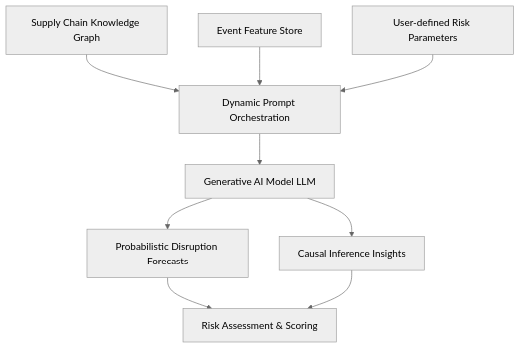
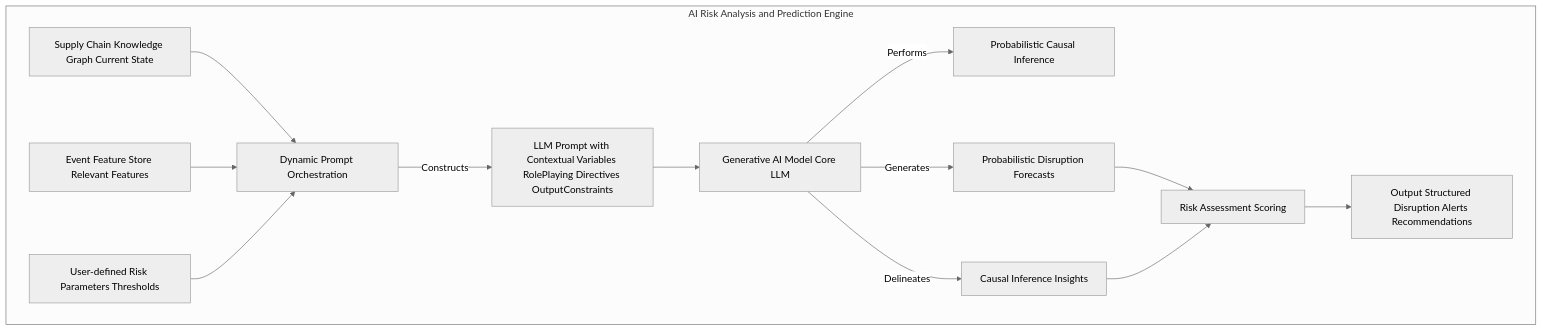
The fourth of 7 diagrams in inventions/024_predictive_supply_chain_disruption.md (diplomat-bit/Citibank_Demo_Business_Inc_Demonstration-), drawn with Mermaid (neutral theme) before and after one commit. The commit also changed other lines of this file, not shown here.

Commit message:
[AI] Edit: inventions/024_predictive_supply_chain_disruption.md

````diff
--- a/inventions/024_predictive_supply_chain_disruption.md
+++ b/inventions/024_predictive_supply_chain_disruption.md
@@ -137,10 +165,15 @@
 ```mermaid
 graph TD
-    A[Supply Chain Knowledge Graph] --> D[Dynamic Prompt Orchestration]
-    B[Event Feature Store] --> D
-    C[User-defined Risk Parameters] --> D
-    D --> E[Generative AI Model LLM]
-    E --> F[Probabilistic Disruption Forecasts]
-    E --> G[Causal Inference Insights]
-    F & G --> H[Risk Assessment & Scoring]
+    subgraph AI Risk Analysis and Prediction Engine
+        SCKG[Supply Chain Knowledge Graph Current State] --> DPO[Dynamic Prompt Orchestration]
+        EFS[Event Feature Store Relevant Features] --> DPO
+        URP[User-defined Risk Parameters Thresholds] --> DPO
+        DPO -- Constructs --> LLMP[LLM Prompt with Contextual Variables RolePlaying Directives OutputConstraints]
+        LLMP --> GAI[Generative AI Model Core LLM]
+        GAI -- Performs --> PCI[Probabilistic Causal Inference]
+        GAI -- Generates --> PDF[Probabilistic Disruption Forecasts]
+        GAI -- Delineates --> CI[Causal Inference Insights]
+        PDF & CI --> RAS[Risk Assessment Scoring]
+        RAS --> OSD[Output Structured Disruption Alerts Recommendations]
+    end
 ```
````
